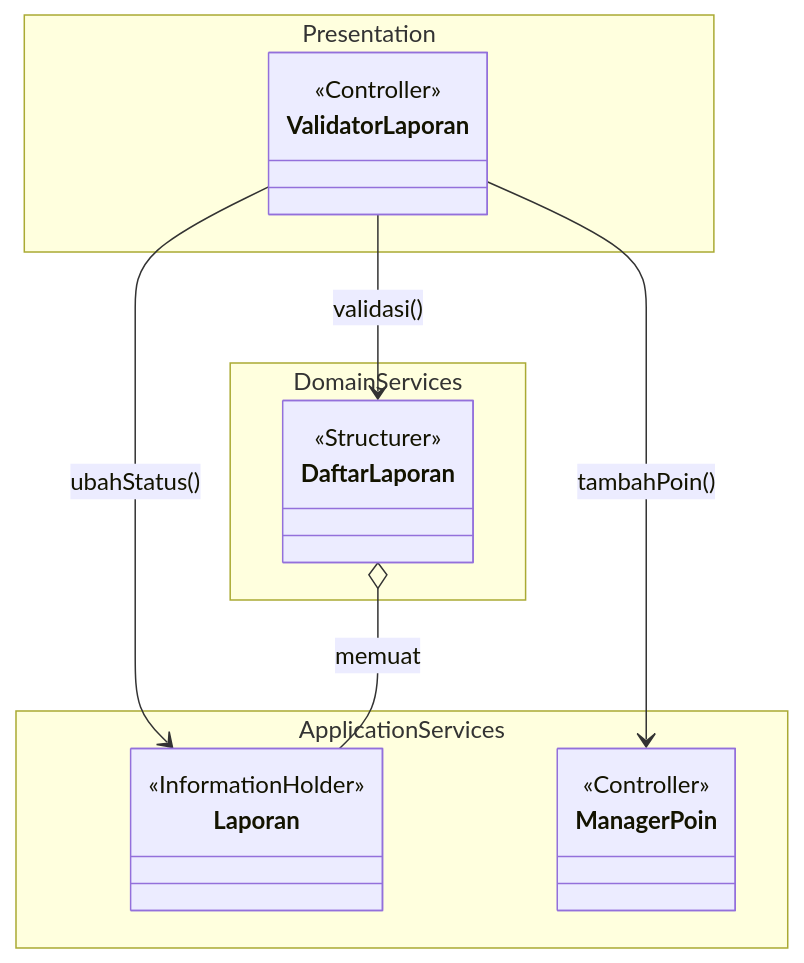
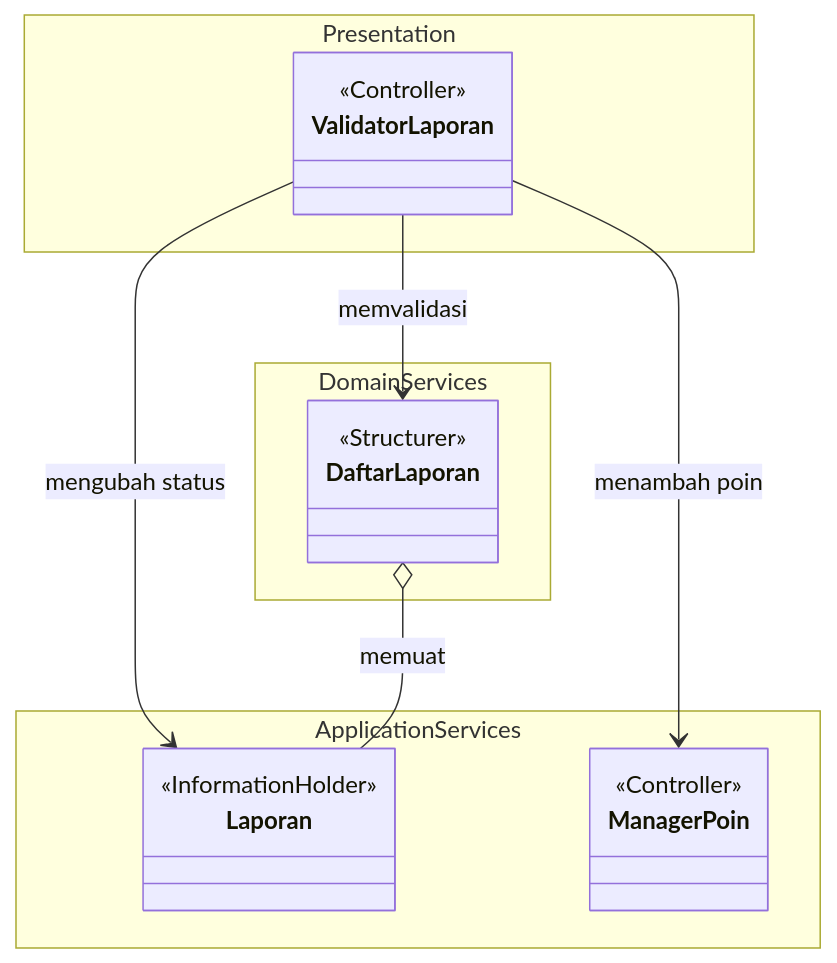
The sixth of 9 diagrams in docs/M4/K03_G02_CD.md (star-scripter/IF2150-RPL-K03-G02), drawn with Mermaid before and after one commit. The commit also changed other lines of this file, not shown here.

````diff
--- a/docs/M4/K03_G02_CD.md
+++ b/docs/M4/K03_G02_CD.md
@@ -569,28 +569,28 @@
 ```mermaid
 classDiagram
     direction TB
 
     namespace Presentation {
         class ValidatorLaporan {
         }
     }
     namespace ApplicationServices {
         class Laporan {
         }
         class ManagerPoin {
         }
     }
     namespace DomainServices {
         class DaftarLaporan {
         }
     }
     <<Controller>> ValidatorLaporan
     <<InformationHolder>> Laporan
     <<Controller>> ManagerPoin
     <<Structurer>> DaftarLaporan
 
-    ValidatorLaporan --> DaftarLaporan : validasi()
-    ValidatorLaporan --> Laporan : ubahStatus()
-    ValidatorLaporan --> ManagerPoin : tambahPoin()
+    ValidatorLaporan --> DaftarLaporan : memvalidasi
+    ValidatorLaporan --> Laporan : mengubah status
+    ValidatorLaporan --> ManagerPoin : menambah poin
     DaftarLaporan o-- Laporan : memuat
 ```
````
